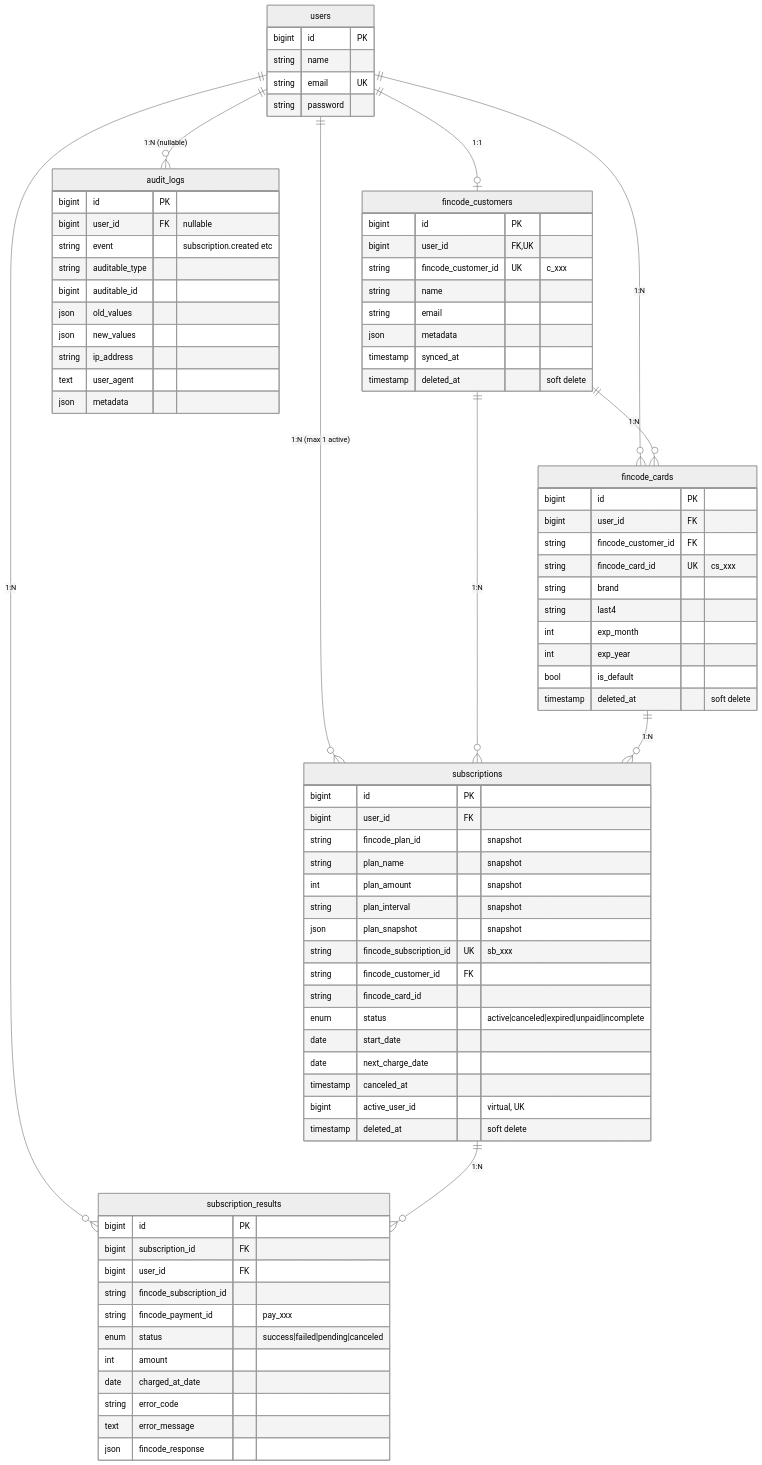
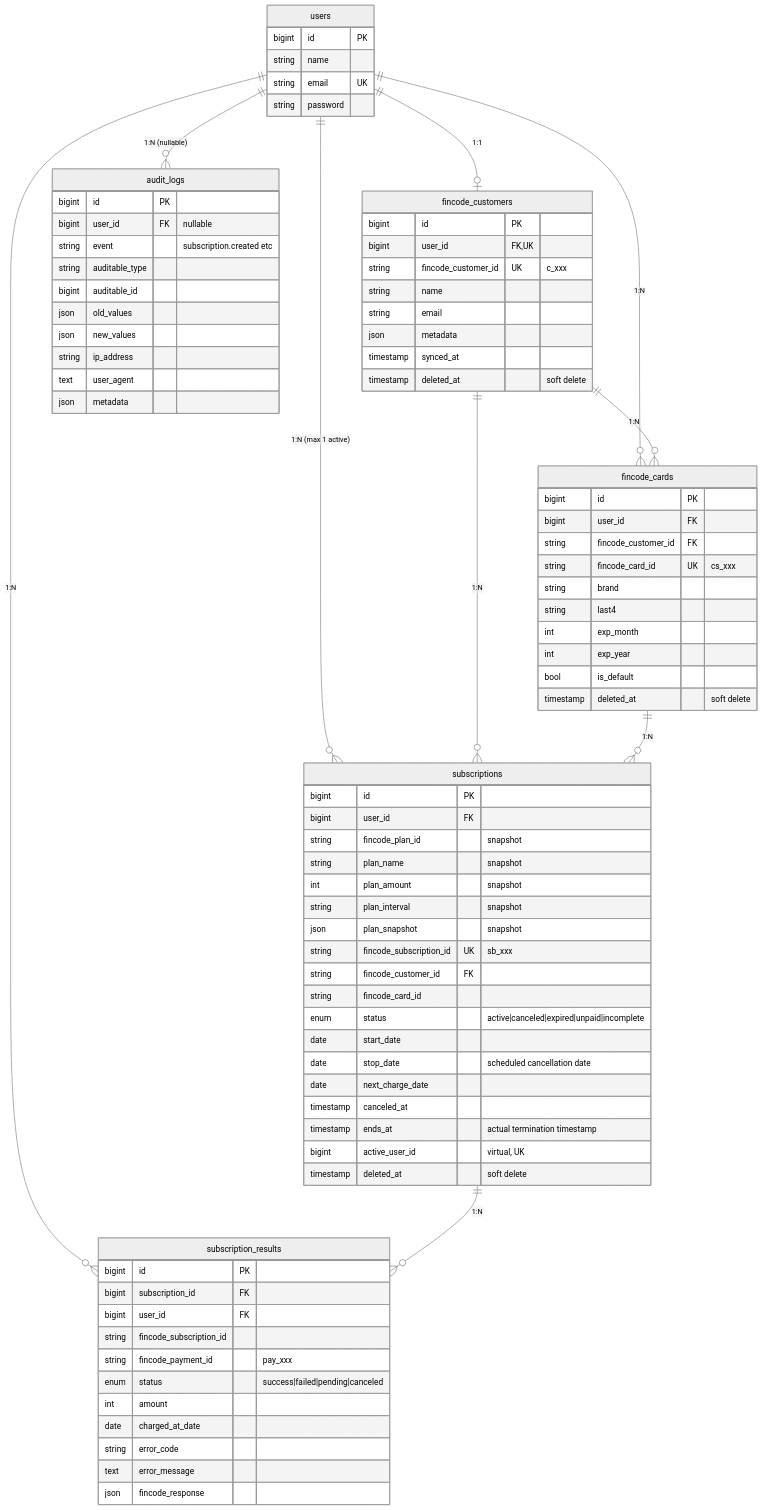
One commit to ltac0203-pixel/hatanaka changed the diagram in docs/architecture/data-model.md. Above: the diagram before and after it, drawn with Mermaid (neutral theme). The commit also changed 45 other files, not shown here.

```diff
--- a/docs/architecture/data-model.md
+++ b/docs/architecture/data-model.md
@@ -62,8 +62,10 @@
         string fincode_card_id
         enum status "active|canceled|expired|unpaid|incomplete"
         date start_date
+        date stop_date "scheduled cancellation date"
         date next_charge_date
         timestamp canceled_at
+        timestamp ends_at "actual termination timestamp"
         bigint active_user_id "virtual, UK"
         timestamp deleted_at "soft delete"
     }
```
